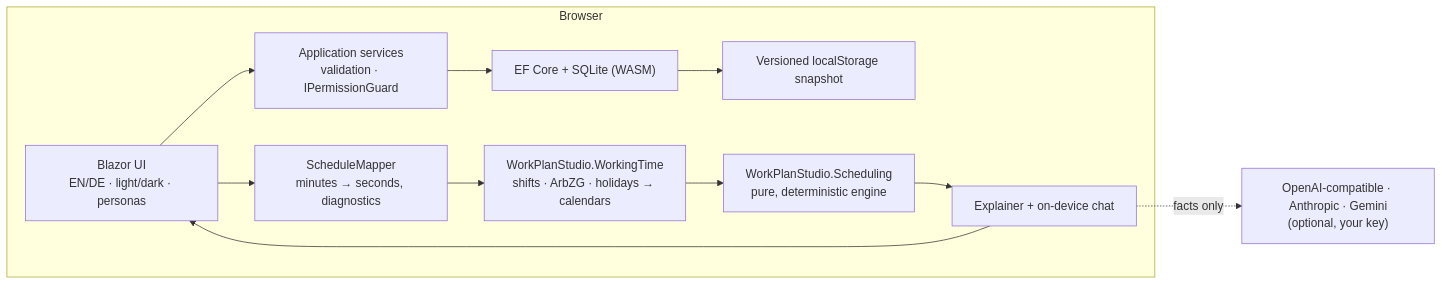
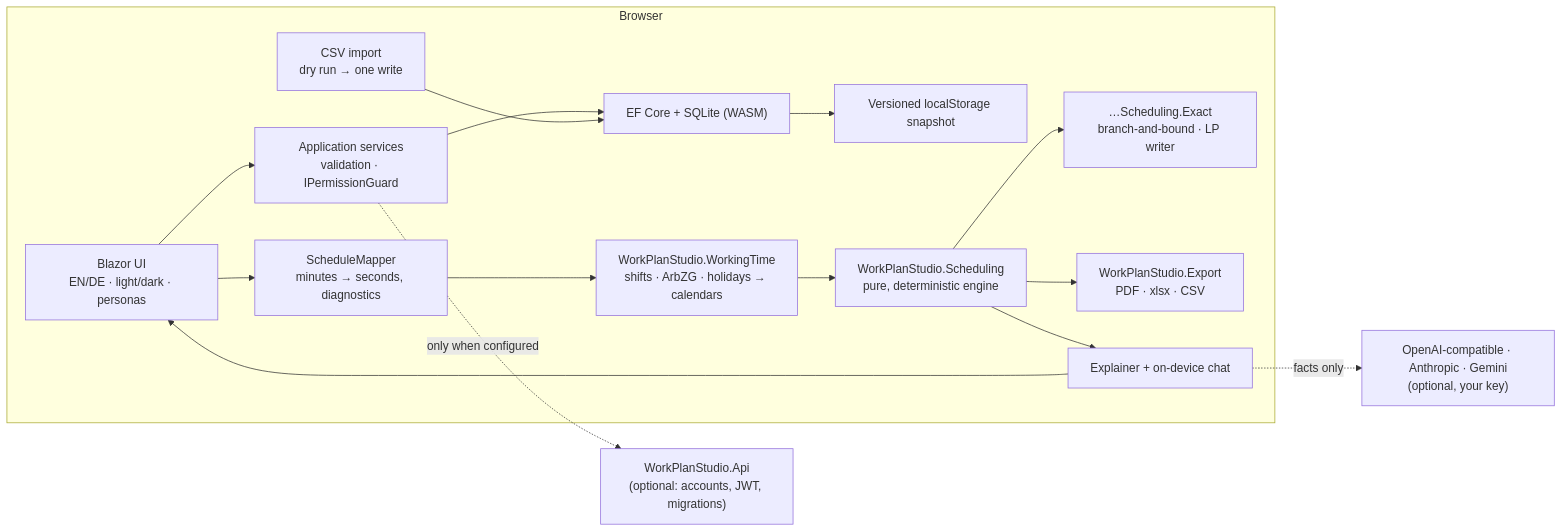
One commit to aco993/WorkPlanStudio changed the diagram in README.md. Above: the diagram before and after it, drawn with Mermaid. The commit also changed other lines of this file and 435 other files, not shown here.

````diff
--- a/README.md
+++ b/README.md
@@ -61,18 +65,26 @@
 ```mermaid
 flowchart LR
     subgraph Browser
         UI["Blazor UI<br/>EN/DE · light/dark · personas"]
         SVC["Application services<br/>validation · IPermissionGuard"]
+        IMP["CSV import<br/>dry run → one write"]
         DB["EF Core + SQLite (WASM)"]
         LS["Versioned localStorage snapshot"]
         MAP["ScheduleMapper<br/>minutes → seconds, diagnostics"]
         WT["WorkPlanStudio.WorkingTime<br/>shifts · ArbZG · holidays → calendars"]
         ENG["WorkPlanStudio.Scheduling<br/>pure, deterministic engine"]
-        EXP["Explainer + on-device chat"]
+        EXACT["…Scheduling.Exact<br/>branch-and-bound · LP writer"]
+        EXP["WorkPlanStudio.Export<br/>PDF · xlsx · CSV"]
+        CHAT["Explainer + on-device chat"]
     end
     AI["OpenAI-compatible · Anthropic · Gemini<br/>(optional, your key)"]
+    API["WorkPlanStudio.Api<br/>(optional: accounts, JWT, migrations)"]
 
     UI --> SVC --> DB --> LS
-    UI --> MAP --> WT --> ENG --> EXP --> UI
-    EXP -. facts only .-> AI
+    IMP --> DB
+    UI --> MAP --> WT --> ENG --> CHAT --> UI
+    ENG --> EXP
+    ENG --> EXACT
+    CHAT -. facts only .-> AI
+    SVC -. only when configured .-> API
 ```
````
